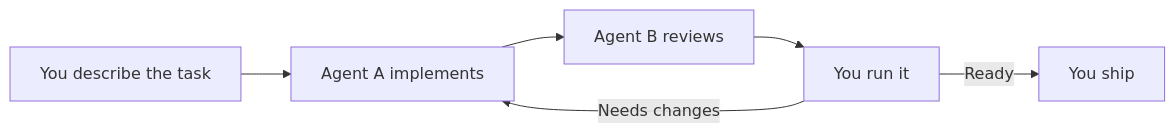
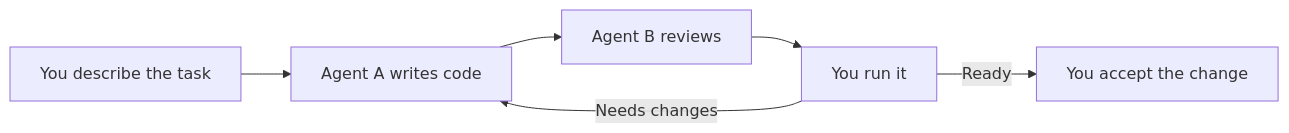
Before and after one commit to cristianandfriends/say-it-then-ship-it: the diagram in lab/two-agents.md, drawn with Mermaid. The commit also changed other lines of this file and 12 other files, not shown here.

````diff
--- a/lab/two-agents.md
+++ b/lab/two-agents.md
@@ -15,10 +17,10 @@
 ```mermaid
 flowchart LR
     accTitle: The two-agent workflow
     accDescr: You describe a task. One agent implements it, an independent agent reviews the change, and you check the result before accepting it or asking for changes.
-    idea["You describe the task"] --> build["Agent A implements"]
+    idea["You describe the task"] --> build["Agent A writes code"]
     build --> review["Agent B reviews"]
     review --> check["You run it"]
     check -->|Needs changes| build
-    check -->|Ready| ship["You ship"]
+    check -->|Ready| ship["You accept the change"]
 ```
````
